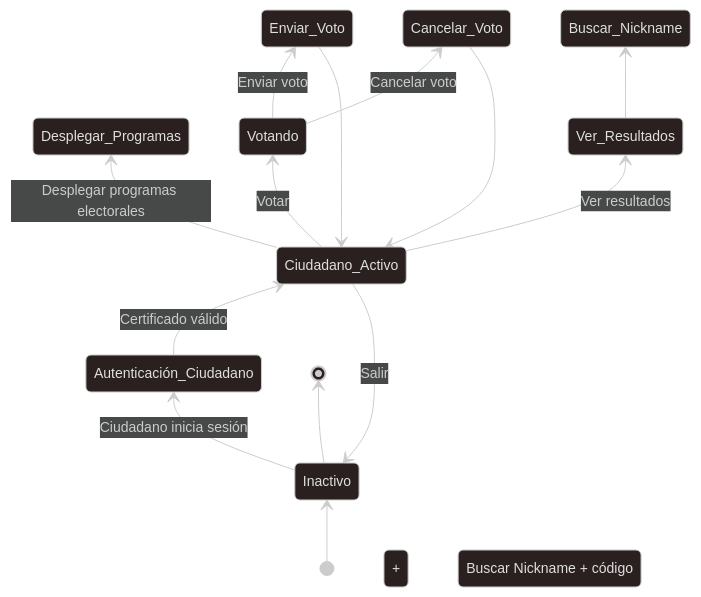
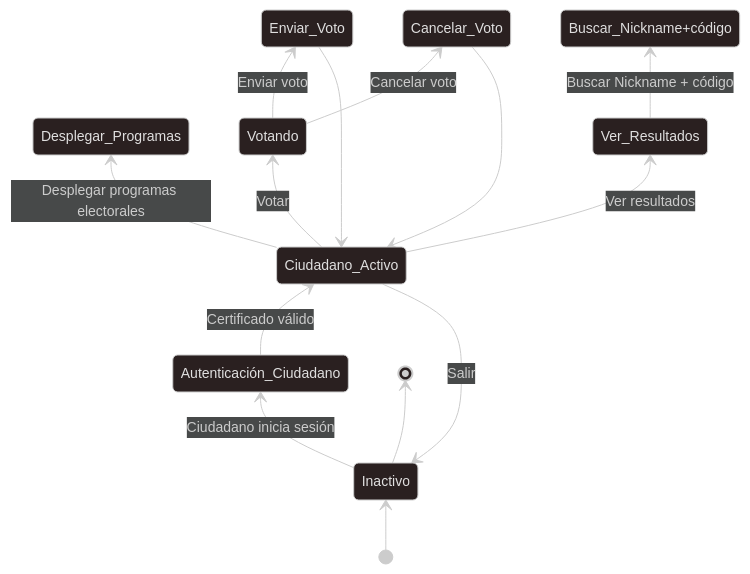
One commit to OnyxVariables/AGORA changed the second of 3 diagrams in docs/Diagrama_Estado.md. Above: the diagram before and after it, drawn with Mermaid. The commit also changed other lines of this file and 1 other file, not shown here.

Commit message:
Updates orientation and some incorrect code from mermaid

````diff
--- a/docs/Diagrama_Estado.md
+++ b/docs/Diagrama_Estado.md
@@ -78,21 +78,21 @@
 ```mermaid
 ---
 config:
   theme: neo-dark
 ---
 stateDiagram
   direction BT
   [*] --> Inactivo
   Inactivo --> Autenticación_Ciudadano:Ciudadano inicia sesión
   Autenticación_Ciudadano --> Ciudadano_Activo:Certificado válido
   Ciudadano_Activo --> Desplegar_Programas:Desplegar programas electorales
   Ciudadano_Activo --> Votando:Votar
   Votando --> Enviar_Voto:Enviar voto
   Votando --> Cancelar_Voto:Cancelar voto
   Enviar_Voto --> Ciudadano_Activo
   Cancelar_Voto --> Ciudadano_Activo
   Ciudadano_Activo --> Ver_Resultados:Ver resultados
-  Ver_Resultados --> Buscar_Nickname + código:Buscar Nickname + código
+  Ver_Resultados --> Buscar_Nickname+código:Buscar Nickname + código
   Ciudadano_Activo --> Inactivo:Salir
   Inactivo --> [*]
 ```
````
